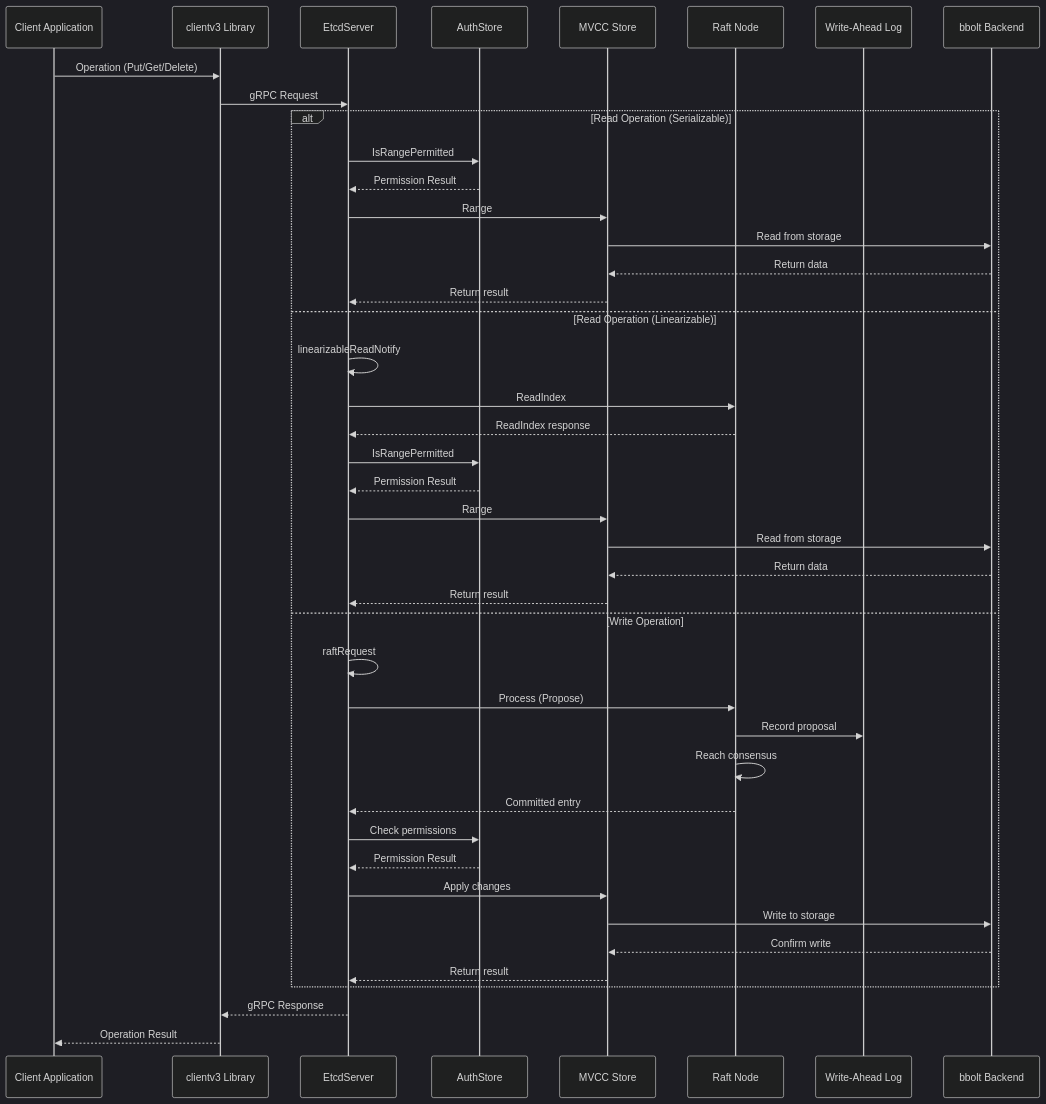
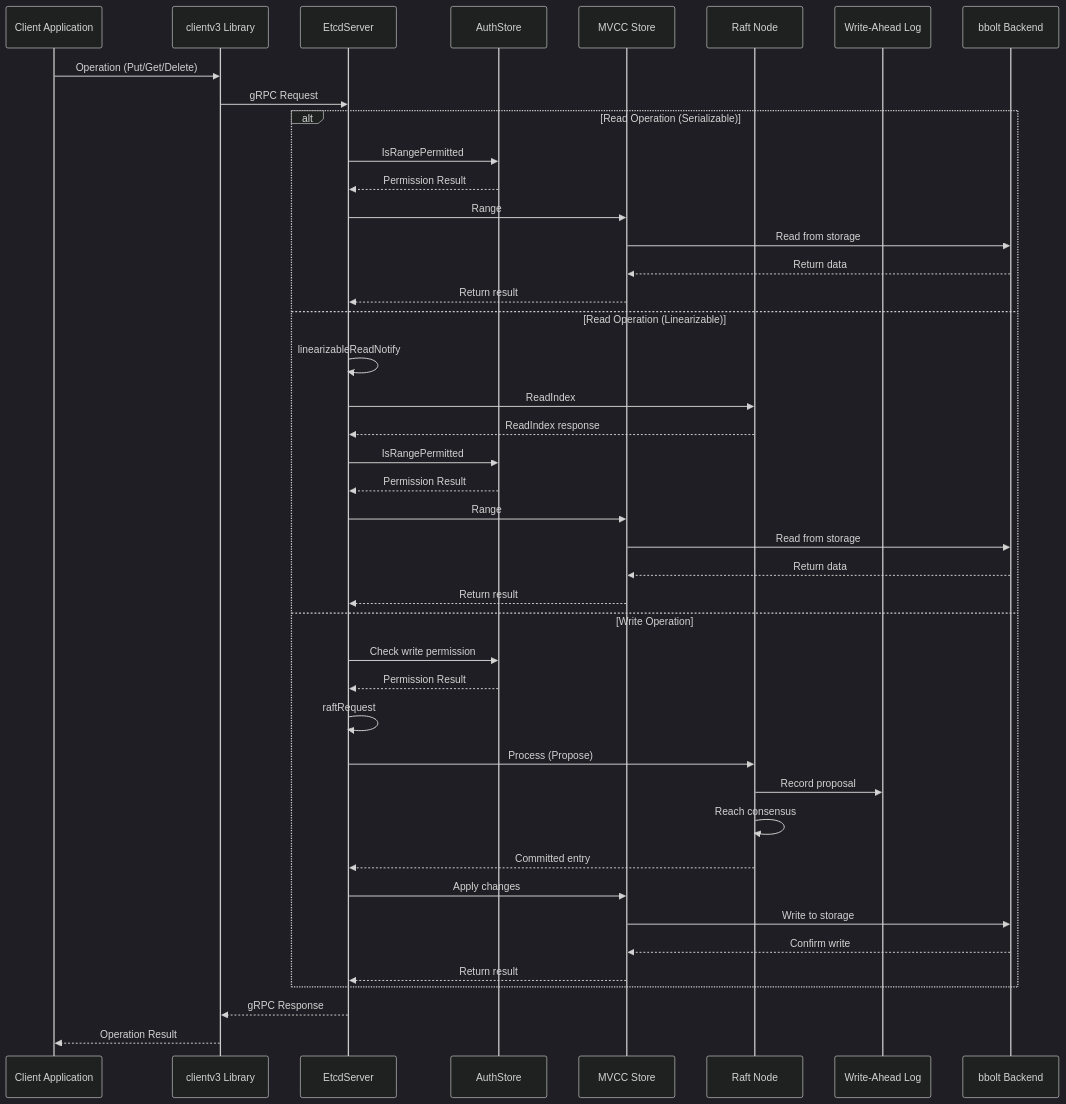
The second of 7 diagrams in docs/cloud-native/kubernetes/architecture/03-Etcd解析.md (newswitch/newswitch.github.io), drawn with Mermaid (dark theme) before and after one commit. The commit also changed other lines of this file and 1211 other files, not shown here.

Commit message:
feat(docs): 统一文章格式与分类图标

````diff
--- a/docs/cloud-native/kubernetes/architecture/03-Etcd解析.md
+++ b/docs/cloud-native/kubernetes/architecture/03-Etcd解析.md
@@ -103,48 +103,48 @@
 ```mermaid
 sequenceDiagram
     participant Client as Client Application
     participant ClientLib as clientv3 Library
     participant Server as EtcdServer
     participant Auth as AuthStore
     participant MVCC as MVCC Store
     participant Raft as Raft Node
     participant WAL as Write-Ahead Log
     participant Backend as bbolt Backend
 
     Client->>ClientLib: Operation (Put/Get/Delete)
     ClientLib->>Server: gRPC Request
 
     alt Read Operation (Serializable)
         Server->>Auth: IsRangePermitted
         Auth-->>Server: Permission Result
         Server->>MVCC: Range
         MVCC->>Backend: Read from storage
         Backend-->>MVCC: Return data
         MVCC-->>Server: Return result
     else Read Operation (Linearizable)
         Server->>Server: linearizableReadNotify
         Server->>Raft: ReadIndex
         Raft-->>Server: ReadIndex response
         Server->>Auth: IsRangePermitted
         Auth-->>Server: Permission Result
         Server->>MVCC: Range
         MVCC->>Backend: Read from storage
         Backend-->>MVCC: Return data
         MVCC-->>Server: Return result
     else Write Operation
+        Server->>Auth: Check write permission
+        Auth-->>Server: Permission Result
         Server->>Server: raftRequest
         Server->>Raft: Process (Propose)
         Raft->>WAL: Record proposal
         Raft->>Raft: Reach consensus
         Raft-->>Server: Committed entry
-        Server->>Auth: Check permissions
-        Auth-->>Server: Permission Result
         Server->>MVCC: Apply changes
         MVCC->>Backend: Write to storage
         Backend-->>MVCC: Confirm write
         MVCC-->>Server: Return result
     end
 
     Server-->>ClientLib: gRPC Response
     ClientLib-->>Client: Operation Result
 ```
````
